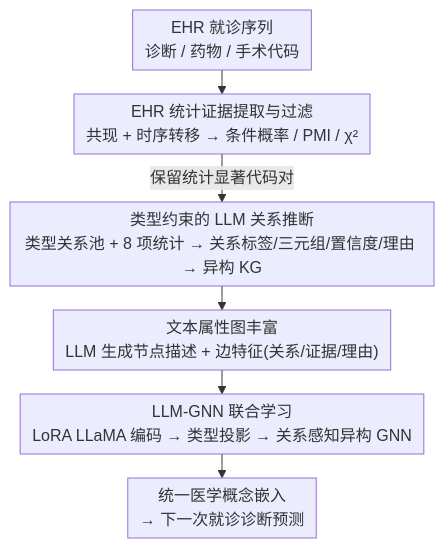
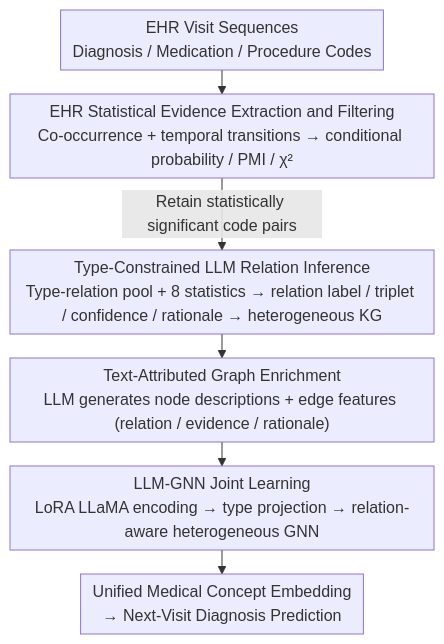
One commit to zhaoyang97/Paper-Notes-en changed the diagram in docs/ACL2026/medical_nlp/text-attributed_knowledge_graph_enrichment_with_large_language_models_for_medica.md. Above: the diagram before and after it, drawn with Mermaid. The commit also changed 644 other files, not shown here.

````diff
--- a/docs/ACL2026/medical_nlp/text-attributed_knowledge_graph_enrichment_with_large_language_models_for_medica.md
+++ b/docs/ACL2026/medical_nlp/text-attributed_knowledge_graph_enrichment_with_large_language_models_for_medica.md
@@ -50,9 +50,9 @@
 ```mermaid
 %%{init: {'flowchart': {'rankSpacing': 24, 'nodeSpacing': 28, 'padding': 6, 'wrappingWidth': 400}}}%%
 flowchart TD
-    A["EHR 就诊序列<br/>诊断 / 药物 / 手术代码"] --> B["EHR 统计证据提取与过滤<br/>共现 + 时序转移 → 条件概率 / PMI / χ²"]
-    B -->|保留统计显著代码对| C["类型约束的 LLM 关系推断<br/>类型关系池 + 8 项统计 → 关系标签/三元组/置信度/理由 → 异构 KG"]
-    C --> D["文本属性图丰富<br/>LLM 生成节点描述 + 边特征(关系/证据/理由)"]
-    D --> E["LLM-GNN 联合学习<br/>LoRA LLaMA 编码 → 类型投影 → 关系感知异构 GNN"]
-    E --> F["统一医学概念嵌入<br/>→ 下一次就诊诊断预测"]
+    A["EHR Visit Sequences<br/>Diagnosis / Medication / Procedure Codes"] --> B["EHR Statistical Evidence Extraction and Filtering<br/>Co-occurrence + temporal transitions → conditional probability / PMI / χ²"]
+    B -->|Retain statistically significant code pairs| C["Type-Constrained LLM Relation Inference<br/>Type-relation pool + 8 statistics → relation label / triplet / confidence / rationale → heterogeneous KG"]
+    C --> D["Text-Attributed Graph Enrichment<br/>LLM generates node descriptions + edge features (relation / evidence / rationale)"]
+    D --> E["LLM-GNN Joint Learning<br/>LoRA LLaMA encoding → type projection → relation-aware heterogeneous GNN"]
+    E --> F["Unified Medical Concept Embedding<br/>→ Next-Visit Diagnosis Prediction"]
 ```
````
